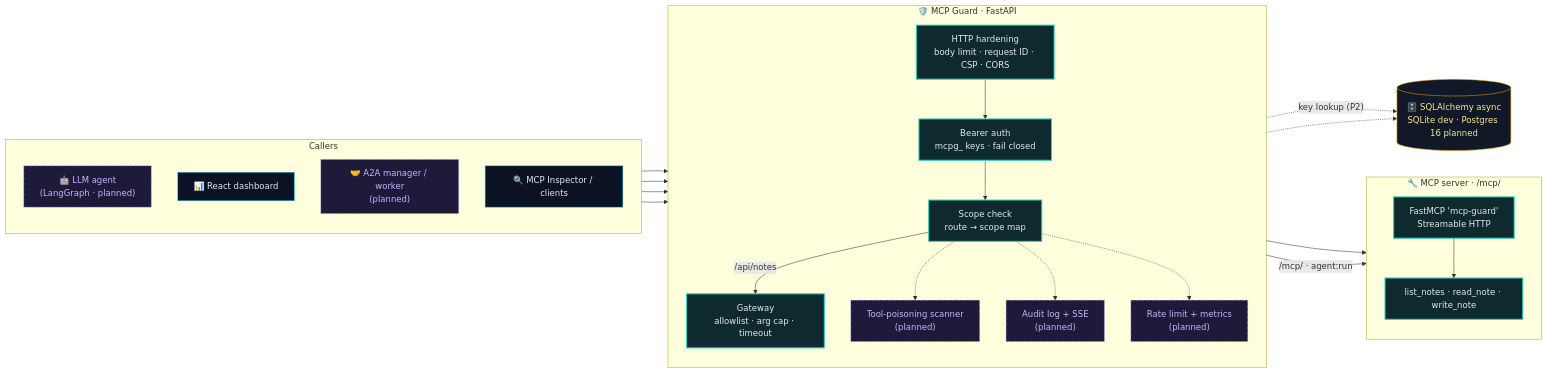
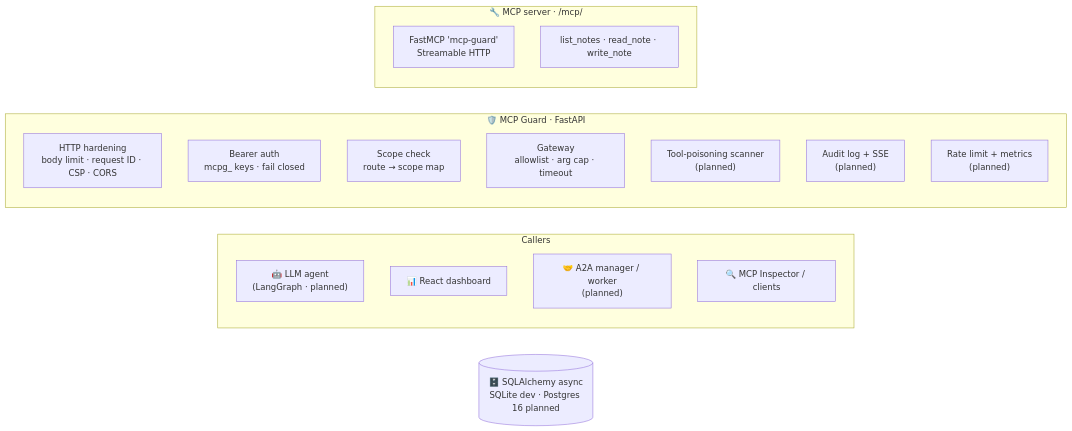
Before and after one commit to aneek22112007-tech/mcp-a2a-secure: the first of 4 diagrams in README.md, drawn with Mermaid. The commit also changed other lines of this file, not shown here.

Commit message:
tmp: mermaid probe 4

````diff
--- a/README.md
+++ b/README.md
@@ -5,52 +5,32 @@
 ```mermaid
 flowchart LR
     subgraph CALLERS["Callers"]
         direction TB
         AG["🤖 LLM agent<br/>(LangGraph · planned)"]
         UI["📊 React dashboard"]
         A2A["🤝 A2A manager / worker<br/>(planned)"]
         INS["🔍 MCP Inspector / clients"]
     end
 
     subgraph GUARD["🛡️ MCP Guard · FastAPI"]
         direction TB
         MW["HTTP hardening<br/>body limit · request ID · CSP · CORS"]
         AUTH["Bearer auth<br/>mcpg_ keys · fail closed"]
         SC["Scope check<br/>route → scope map"]
         GW["Gateway<br/>allowlist · arg cap · timeout"]
         SCAN["Tool-poisoning scanner<br/>(planned)"]
         AUD["Audit log + SSE<br/>(planned)"]
         RL["Rate limit + metrics<br/>(planned)"]
     end
 
     subgraph TOOLS["🔧 MCP server · /mcp/"]
         direction TB
         MCP["FastMCP 'mcp-guard'<br/>Streamable HTTP"]
         T1["list_notes · read_note · write_note"]
     end
 
     DB[("🗄️ SQLAlchemy async<br/>SQLite dev · Postgres 16 planned")]
 
-    AG --> MW
-    UI --> MW
-    A2A --> MW
-    INS --> MW
-    MW --> AUTH --> SC
-    SC -->|"/api/notes"| GW --> MCP
-    SC -->|"/mcp/ · agent:run"| MCP
-    MCP --> T1
-    SC -.-> SCAN
-    SC -.-> AUD
-    SC -.-> RL
-    AUTH -.->|"key lookup (P2)"| DB
-    AUD -.-> DB
 
-    classDef built fill:#0f2a2e,stroke:#2dd4bf,color:#e2e8f0,stroke-width:2px
-    classDef planned fill:#1e1b3a,stroke:#a78bfa,color:#c4b5fd,stroke-dasharray:5 5
-    classDef caller fill:#0b1224,stroke:#22d3ee,color:#e2e8f0
-    classDef store fill:#111827,stroke:#f59e0b,color:#fde68a
-    class MW,AUTH,SC,GW,MCP,T1 built
-    class SCAN,AUD,RL,AG,A2A planned
-    class UI,INS caller
-    class DB store
+
 ```
````
